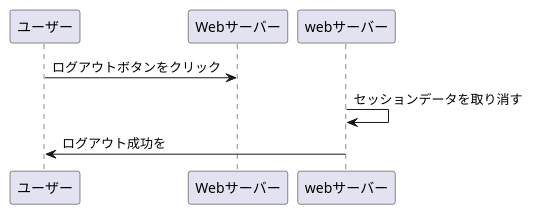
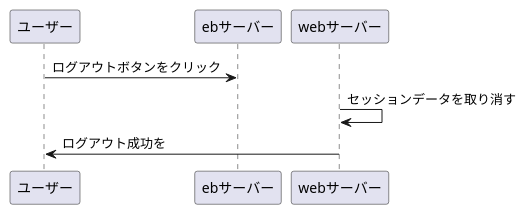
The diagram in 設計書/02_業務フロー/business-flow2.md (Aso2001227/Aso-Sports-1), drawn with PlantUML before and after one commit.

````diff
--- a/設計書/02_業務フロー/business-flow2.md
+++ b/設計書/02_業務フロー/business-flow2.md
@@ -1,7 +1,7 @@
 ```uml
 @startuml
-ユーザー ->Webサーバー :ログアウトボタンをクリック
+ユーザー ->ebサーバー :ログアウトボタンをクリック
 webサーバー -> webサーバー :セッションデータを取り消す
 webサーバー -> ユーザー :ログアウト成功を
 @enduml
 ```
````
